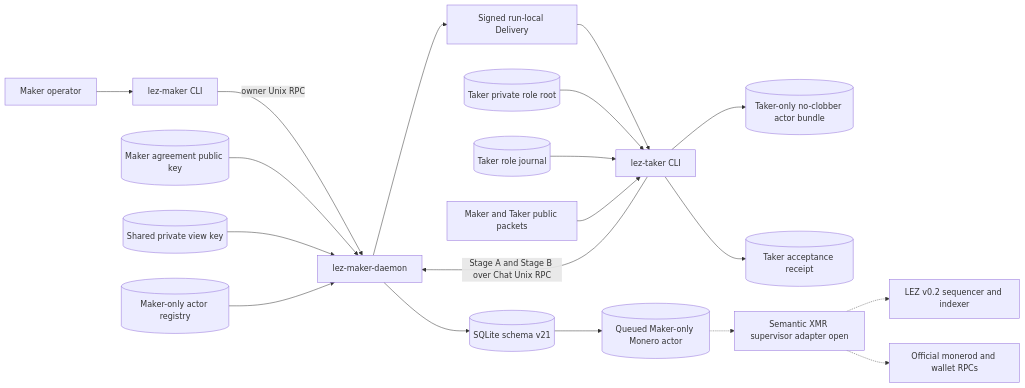
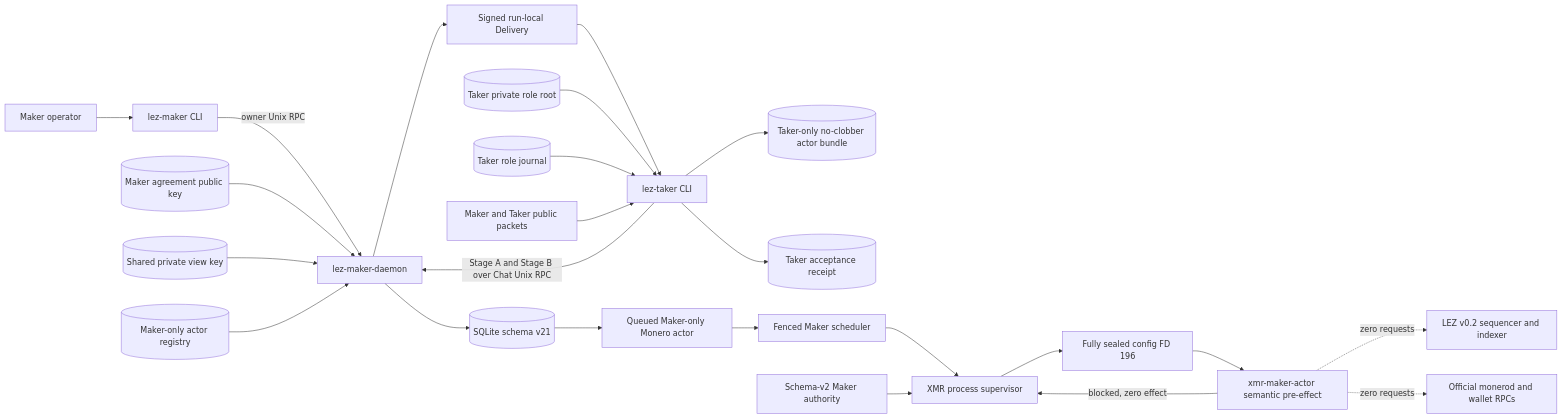
Before and after one commit to gateway-fm/lez-atomic-swaps: diagram 21 of 30 in docs/architecture/system-architecture.md, drawn with Mermaid. The commit also changed other lines of this file and 19 other files, not shown here.

Commit message:
feat(m5): supervise sealed XMR authority

````diff
--- a/docs/architecture/system-architecture.md
+++ b/docs/architecture/system-architecture.md
@@ -2222,21 +2224,26 @@
 ```mermaid
 flowchart LR
     MakerOperator["Maker operator"] --> MakerCli["lez-maker CLI"]
     MakerCli -->|"owner Unix RPC"| Daemon["lez-maker-daemon"]
     MakerKey[("Maker agreement public key")] --> Daemon
     ViewKey[("Shared private view key")] --> Daemon
     Registry[("Maker-only actor registry")] --> Daemon
     Daemon --> Delivery["Signed run-local Delivery"]
     Delivery --> TakerCli["lez-taker CLI"]
     TakerRoot[("Taker private role root")] --> TakerCli
     TakerJournal[("Taker role journal")] --> TakerCli
     PublicPackets["Maker and Taker public packets"] --> TakerCli
     TakerCli -->|"Stage A and Stage B over Chat Unix RPC"| Daemon
     Daemon --> Store[("SQLite schema v21")]
     TakerCli --> TakerBundle[("Taker-only no-clobber actor bundle")]
     TakerCli --> Receipt[("Taker acceptance receipt")]
-    Store --> MakerActor[("Queued Maker-only Monero actor")]
-    MakerActor -.-> SemanticActor["Semantic XMR supervisor adapter open"]
-    SemanticActor -.-> LezRpc["LEZ v0.2 sequencer and indexer"]
-    SemanticActor -.-> MoneroRpc["Official monerod and wallet RPCs"]
+    Store --> MakerActor["Queued Maker-only Monero actor"]
+    MakerActor --> Scheduler["Fenced Maker scheduler"]
+    Scheduler --> Supervisor["XMR process supervisor"]
+    Authority["Schema-v2 Maker authority"] --> Supervisor
+    Supervisor --> Sealed["Fully sealed config FD 196"]
+    Sealed --> SemanticActor["xmr-maker-actor semantic pre-effect"]
+    SemanticActor -->|"blocked, zero effect"| Supervisor
+    SemanticActor -.->|"zero requests"| LezRpc["LEZ v0.2 sequencer and indexer"]
+    SemanticActor -.->|"zero requests"| MoneroRpc["Official monerod and wallet RPCs"]
 ```
````
